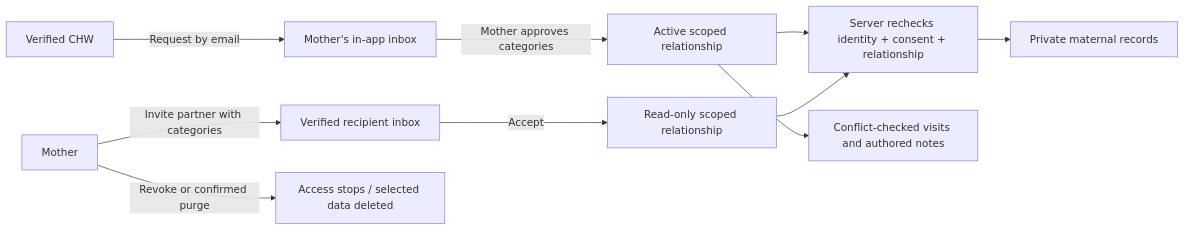
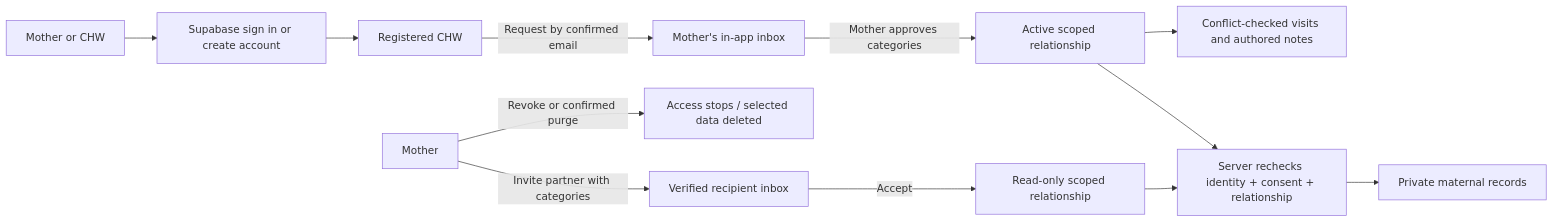
The diagram in docs/care-team.md (imranshiundu/afyanine), drawn with Mermaid before and after one commit. The commit also changed other lines of this file and 14 other files, not shown here.

First line of the commit message:
feat: simplify role-first account entry and retire public care demo

````diff
--- a/docs/care-team.md
+++ b/docs/care-team.md
@@ -68,12 +79,14 @@
 ```mermaid
 flowchart LR
-  CHW[Verified CHW] -->|Request by email| Inbox[Mother's in-app inbox]
+  Entry[Mother or CHW] --> Auth[Supabase sign in or create account]
+  Auth --> CHW[Registered CHW]
+  CHW -->|Request by confirmed email| Inbox[Mother's in-app inbox]
   Inbox -->|Mother approves categories| Grant[Active scoped relationship]
   Mother -->|Invite partner with categories| PartnerInbox[Verified recipient inbox]
   PartnerInbox -->|Accept| ReadOnly[Read-only scoped relationship]
   Grant --> Check[Server rechecks identity + consent + relationship]
   ReadOnly --> Check
   Check --> Records[Private maternal records]
   Grant --> Schedule[Conflict-checked visits and authored notes]
   Mother -->|Revoke or confirmed purge| Deny[Access stops / selected data deleted]
 ```
````
